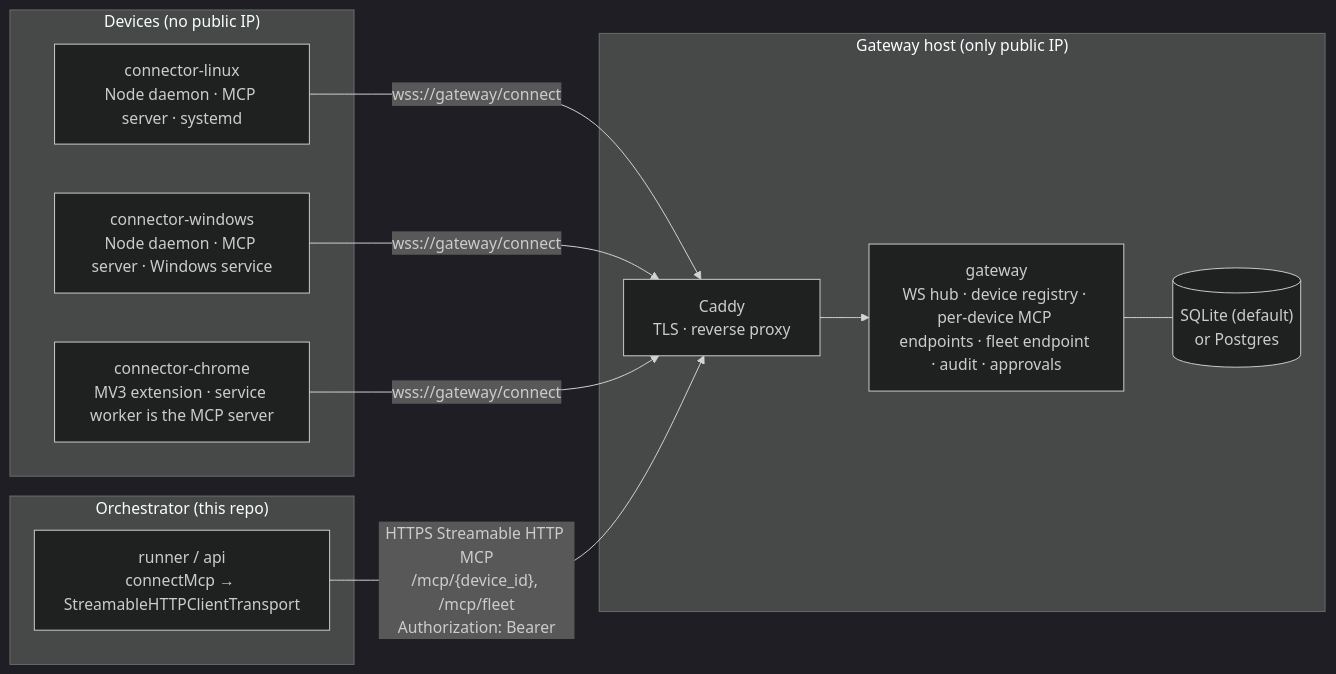
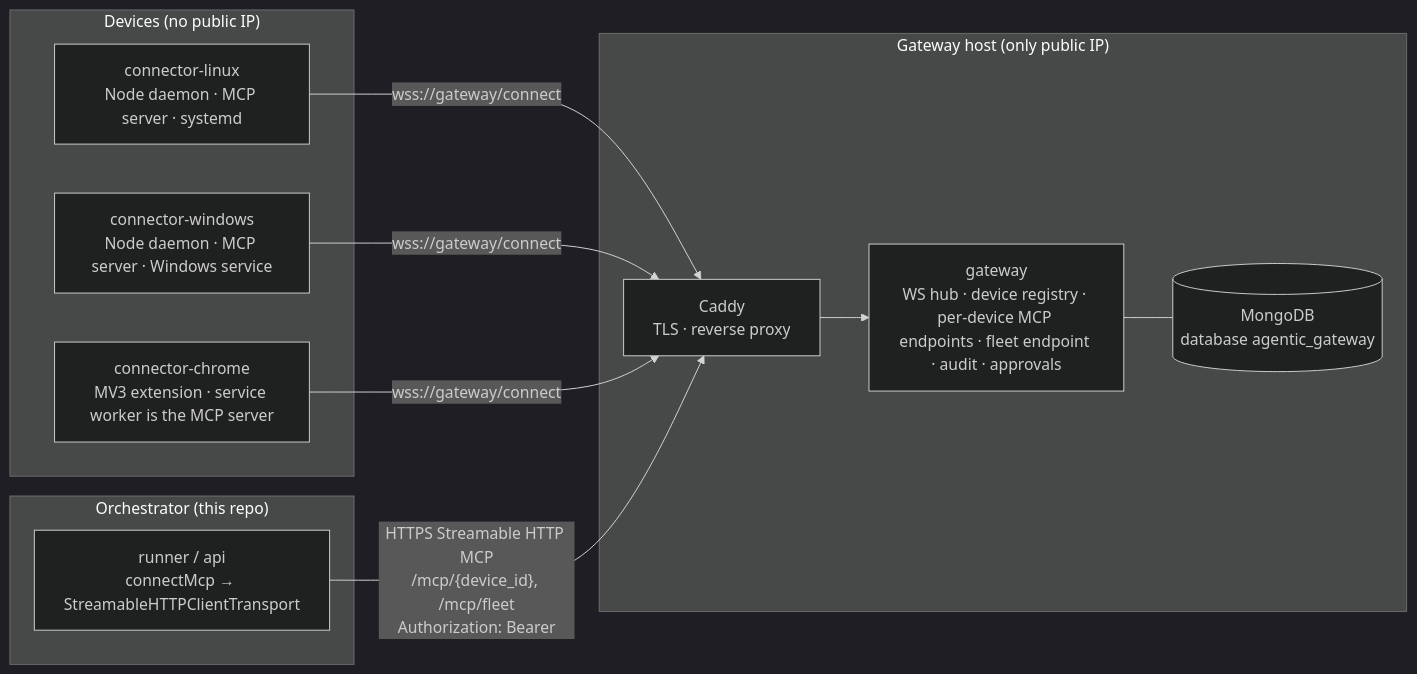
Before and after one commit to deepfinery/OpenHarness: the first of 3 diagrams in docs/ARCHITECTURE.md, drawn with Mermaid (dark theme). The commit also changed other lines of this file and 19 other files, not shown here.

````diff
--- a/docs/ARCHITECTURE.md
+++ b/docs/ARCHITECTURE.md
@@ -28,22 +28,22 @@
 ```mermaid
 flowchart LR
   subgraph private["Devices (no public IP)"]
     L["connector-linux<br/>Node daemon · MCP server · systemd"]
     W["connector-windows<br/>Node daemon · MCP server · Windows service"]
     C["connector-chrome<br/>MV3 extension · service worker is the MCP server"]
   end
   subgraph edge["Gateway host (only public IP)"]
     P["Caddy<br/>TLS · reverse proxy"]
     G["gateway<br/>WS hub · device registry · per-device MCP endpoints · fleet endpoint · audit · approvals"]
-    DB[("SQLite (default)<br/>or Postgres")]
+    DB[("MongoDB<br/>database agentic_gateway")]
   end
   subgraph orch["Orchestrator (this repo)"]
     R["runner / api<br/>connectMcp → StreamableHTTPClientTransport"]
   end
   L -- "wss://gateway/connect" --> P
   W -- "wss://gateway/connect" --> P
   C -- "wss://gateway/connect" --> P
   P --> G
   G --- DB
   R -- "HTTPS Streamable HTTP MCP<br/>/mcp/{device_id}, /mcp/fleet<br/>Authorization: Bearer" --> P
 ```
````
